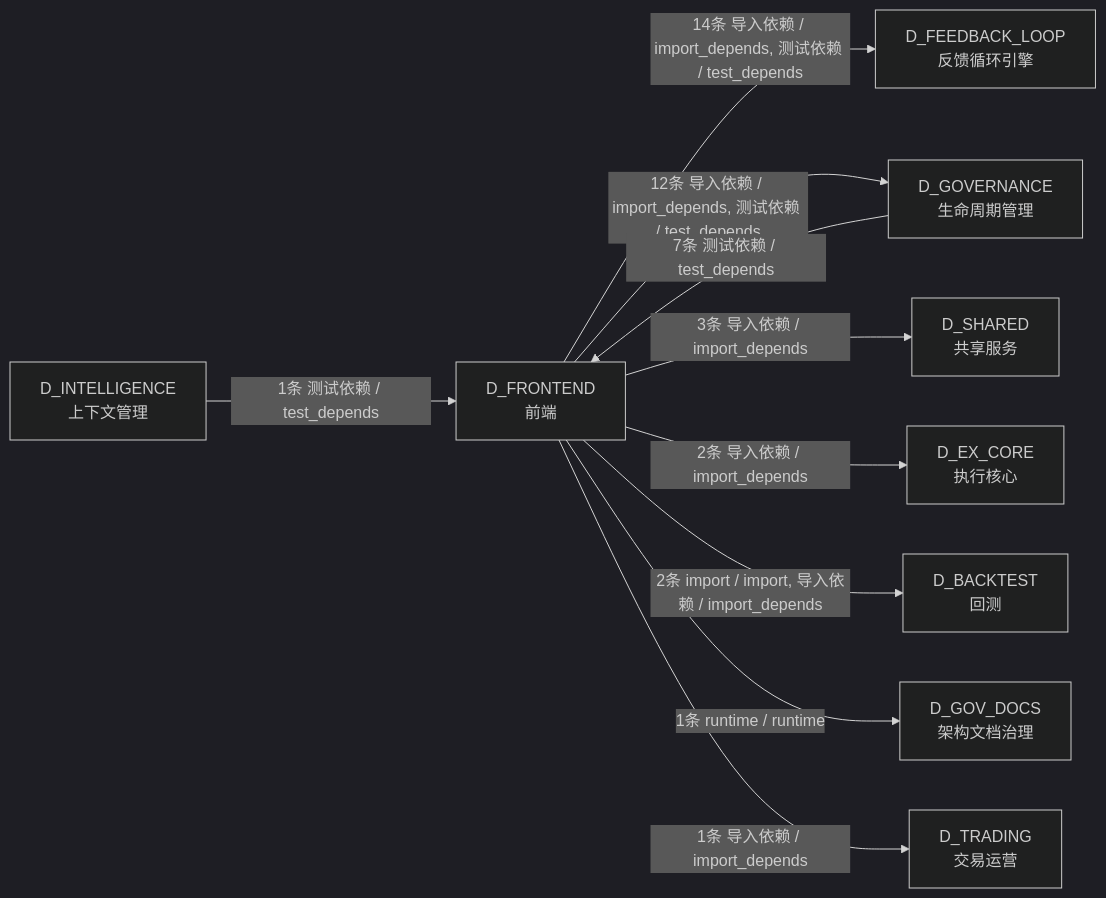
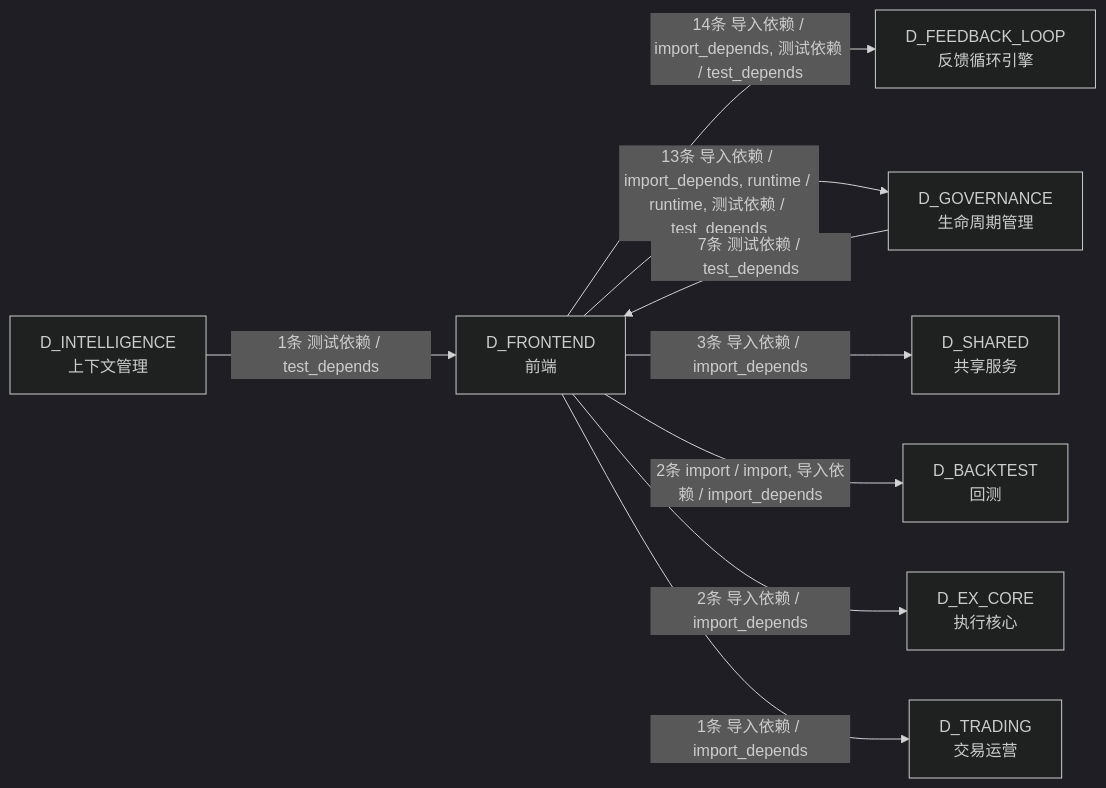
One commit to xuanFelixVan/ZephyrAlpha changed the sixth of 6 diagrams in docs/02_enterprise_architecture/02_domain_architecture_docs/13_d_frontend.md. Above: the diagram before and after it, drawn with Mermaid (dark theme). The commit also changed other lines of this file and 112 other files, not shown here.

````diff
--- a/docs/02_enterprise_architecture/02_domain_architecture_docs/13_d_frontend.md
+++ b/docs/02_enterprise_architecture/02_domain_architecture_docs/13_d_frontend.md
@@ -499,21 +497,19 @@
 ```mermaid
 graph LR
     D_FRONTEND["D_FRONTEND<br/>前端"]
     D_FEEDBACK_LOOP["D_FEEDBACK_LOOP<br/>反馈循环引擎"]
     D_GOVERNANCE["D_GOVERNANCE<br/>生命周期管理"]
     D_SHARED["D_SHARED<br/>共享服务"]
+    D_BACKTEST["D_BACKTEST<br/>回测"]
     D_EX_CORE["D_EX_CORE<br/>执行核心"]
-    D_BACKTEST["D_BACKTEST<br/>回测"]
-    D_GOV_DOCS["D_GOV_DOCS<br/>架构文档治理"]
     D_TRADING["D_TRADING<br/>交易运营"]
     D_INTELLIGENCE["D_INTELLIGENCE<br/>上下文管理"]
     D_FRONTEND -->|14条 导入依赖 / import_depends, 测试依赖 / test_depends| D_FEEDBACK_LOOP
-    D_FRONTEND -->|12条 导入依赖 / import_depends, 测试依赖 / test_depends| D_GOVERNANCE
+    D_FRONTEND -->|13条 导入依赖 / import_depends, runtime / runtime, 测试依赖 / test_depends| D_GOVERNANCE
     D_FRONTEND -->|3条 导入依赖 / import_depends| D_SHARED
+    D_FRONTEND -->|2条 import / import, 导入依赖 / import_depends| D_BACKTEST
     D_FRONTEND -->|2条 导入依赖 / import_depends| D_EX_CORE
-    D_FRONTEND -->|2条 import / import, 导入依赖 / import_depends| D_BACKTEST
-    D_FRONTEND -->|1条 runtime / runtime| D_GOV_DOCS
     D_FRONTEND -->|1条 导入依赖 / import_depends| D_TRADING
     D_GOVERNANCE -->|7条 测试依赖 / test_depends| D_FRONTEND
     D_INTELLIGENCE -->|1条 测试依赖 / test_depends| D_FRONTEND
 ```
````
